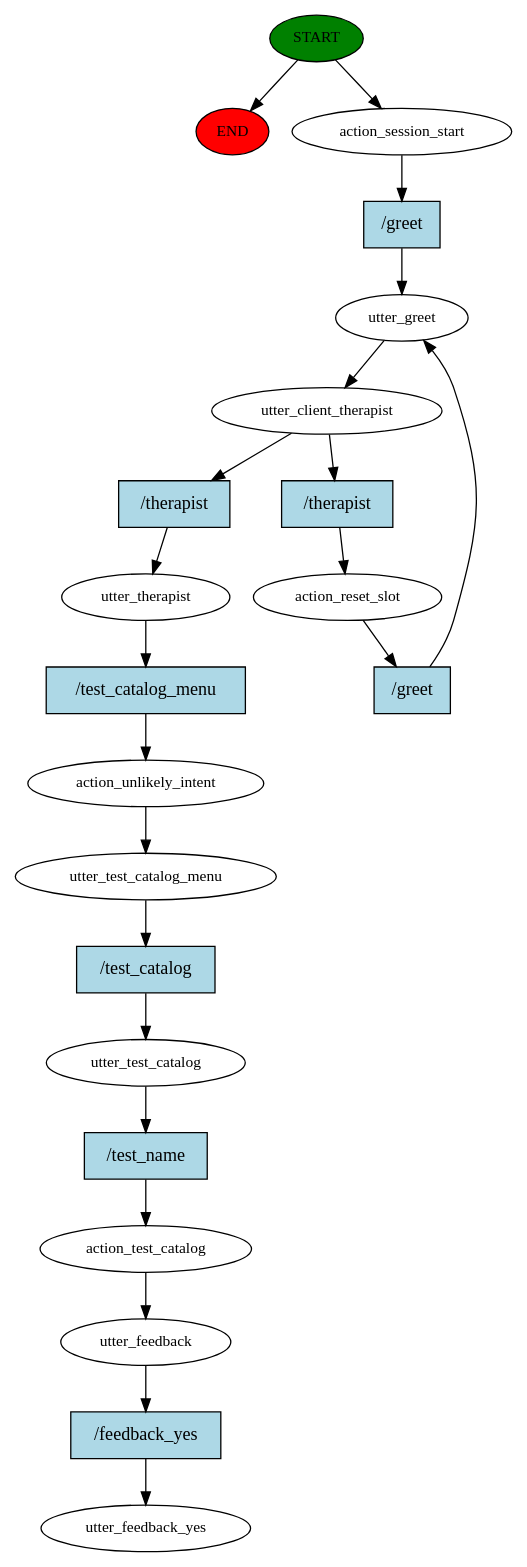
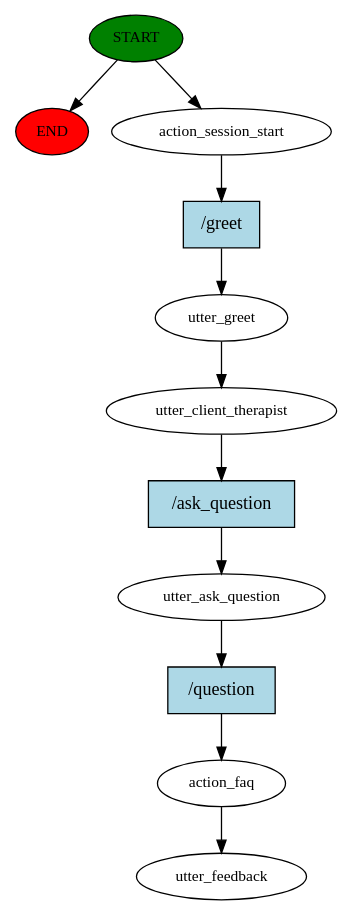
Before and after one commit to sss3sp/testbox_chatbot: the diagram in story_graph.dot, drawn with Graphviz. The commit also changed 4 other files, not shown here.

```diff
--- a/story_graph.dot
+++ b/story_graph.dot
@@ -1,44 +1,23 @@
 digraph  {
 0 [class="start active", fillcolor=green, fontsize=12, label=START, style=filled];
 "-1" [class=end, fillcolor=red, fontsize=12, label=END, style=filled];
 1 [class=active, fontsize=12, label=action_session_start];
 2 [class=active, fontsize=12, label=utter_greet];
 3 [class=active, fontsize=12, label=utter_client_therapist];
-4 [class=active, fontsize=12, label=action_reset_slot];
-7 [class=active, fontsize=12, label=utter_therapist];
-8 [class=active, fontsize=12, label=action_unlikely_intent];
-9 [class=active, fontsize=12, label=utter_test_catalog_menu];
-10 [class=active, fontsize=12, label=utter_test_catalog];
-11 [class=active, fontsize=12, label=action_test_catalog];
-12 [class=active, fontsize=12, label=utter_feedback];
-13 [class="dashed active", fontsize=12, label=utter_feedback_yes];
-14 [class="intent active", fillcolor=lightblue, label="/greet", shape=rect, style=filled];
-15 [class="intent active", fillcolor=lightblue, label="/therapist", shape=rect, style=filled];
-16 [class="intent active", fillcolor=lightblue, label="/therapist", shape=rect, style=filled];
-17 [class="intent active", fillcolor=lightblue, label="/greet", shape=rect, style=filled];
-18 [class="intent active", fillcolor=lightblue, label="/test_catalog_menu", shape=rect, style=filled];
-19 [class="intent active", fillcolor=lightblue, label="/test_catalog", shape=rect, style=filled];
-20 [class="intent active", fillcolor=lightblue, label="/test_name", shape=rect, style=filled];
-21 [class="intent active", fillcolor=lightblue, label="/feedback_yes", shape=rect, style=filled];
+4 [class=active, fontsize=12, label=utter_ask_question];
+5 [class=active, fontsize=12, label=action_faq];
+6 [class="dashed active", fontsize=12, label=utter_feedback];
+7 [class="intent active", fillcolor=lightblue, label="/greet", shape=rect, style=filled];
+8 [class="intent active", fillcolor=lightblue, label="/ask_question", shape=rect, style=filled];
+9 [class="intent active", fillcolor=lightblue, label="/question", shape=rect, style=filled];
 0 -> "-1"  [class="", key=NONE, label=""];
 0 -> 1  [class=active, key=NONE, label=""];
-1 -> 14  [class=active, key=0];
+1 -> 7  [class=active, key=0];
 2 -> 3  [class=active, key=NONE, label=""];
-3 -> 15  [class=active, key=0];
-3 -> 16  [class=active, key=0];
-4 -> 17  [class=active, key=0];
-7 -> 18  [class=active, key=0];
-8 -> 9  [class=active, key=NONE, label=""];
-9 -> 19  [class=active, key=0];
-10 -> 20  [class=active, key=0];
-11 -> 12  [class=active, key=NONE, label=""];
-12 -> 21  [class=active, key=0];
-14 -> 2  [class=active, key=0];
-15 -> 4  [class=active, key=0];
-16 -> 7  [class=active, key=0];
-17 -> 2  [class=active, key=0];
-18 -> 8  [class=active, key=0];
-19 -> 10  [class=active, key=0];
-20 -> 11  [class=active, key=0];
-21 -> 13  [class=active, key=0];
+3 -> 8  [class=active, key=0];
+4 -> 9  [class=active, key=0];
+5 -> 6  [class=active, key=NONE, label=""];
+7 -> 2  [class=active, key=0];
+8 -> 4  [class=active, key=0];
+9 -> 5  [class=active, key=0];
 }
```
